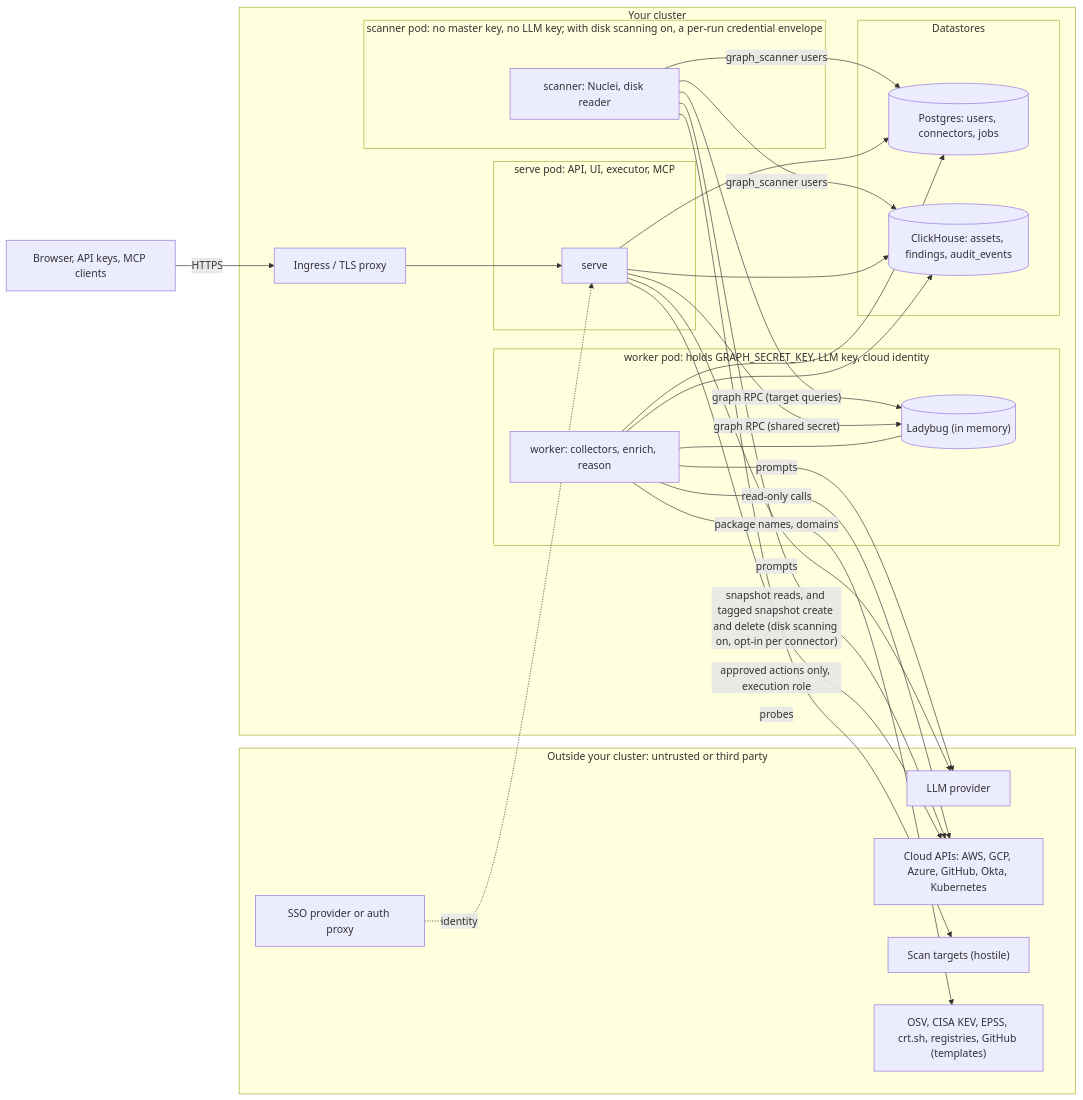
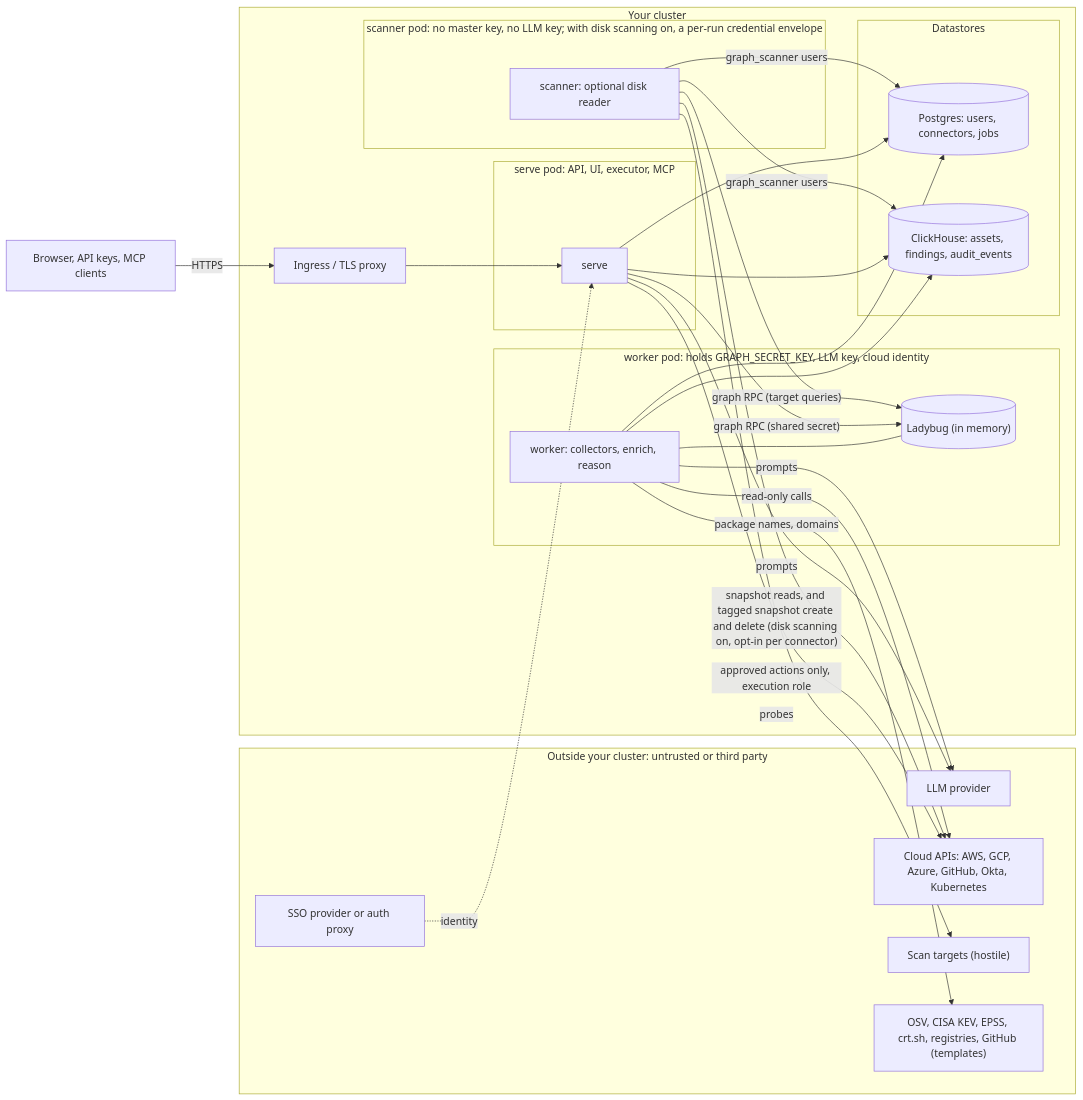
Before and after one commit to vulngraph/vulngraph: the diagram in docs/threat-model.md, drawn with Mermaid. The commit also changed other lines of this file and 245 other files, not shown here.

````diff
--- a/docs/threat-model.md
+++ b/docs/threat-model.md
@@ -50,45 +50,45 @@
 ```mermaid
 flowchart LR
   subgraph EXT["Outside your cluster: untrusted or third party"]
     LLM["LLM provider"]
     CLOUD["Cloud APIs: AWS, GCP, Azure, GitHub, Okta, Kubernetes"]
     TGT["Scan targets (hostile)"]
     FEEDS["OSV, CISA KEV, EPSS, crt.sh, registries, GitHub (templates)"]
     IDP["SSO provider or auth proxy"]
   end
   USER["Browser, API keys, MCP clients"]
 
   subgraph CL["Your cluster"]
     ING["Ingress / TLS proxy"]
     subgraph SV["serve pod: API, UI, executor, MCP"]
       SERVE["serve"]
     end
     subgraph WK["worker pod: holds GRAPH_SECRET_KEY, LLM key, cloud identity"]
       WORKER["worker: collectors, enrich, reason"]
       LB[("Ladybug (in memory)")]
       WORKER --- LB
     end
     subgraph SC["scanner pod: no master key, no LLM key; with disk scanning on, a per-run credential envelope"]
-      SCAN["scanner: Nuclei, disk reader"]
+      SCAN["scanner: optional disk reader"]
     end
     subgraph DS["Datastores"]
       PG[("Postgres: users, connectors, jobs")]
       CH[("ClickHouse: assets, findings, audit_events")]
     end
   end
 
   USER -->|"HTTPS"| ING --> SERVE
   IDP -.->|"identity"| SERVE
   SERVE -->|"graph RPC (shared secret)"| LB
   SCAN -->|"graph RPC (target queries)"| LB
   SERVE --> PG & CH
   WORKER --> PG & CH
   SCAN -->|"graph_scanner users"| PG & CH
   WORKER -->|"read-only calls"| CLOUD
   SERVE -->|"approved actions only, execution role"| CLOUD
   WORKER -->|"prompts"| LLM
   SERVE -->|"prompts"| LLM
   WORKER -->|"package names, domains"| FEEDS
   SCAN -->|"probes"| TGT
   SCAN -->|"snapshot reads, and tagged snapshot create and delete (disk scanning on, opt-in per connector)"| CLOUD
 ```
````
